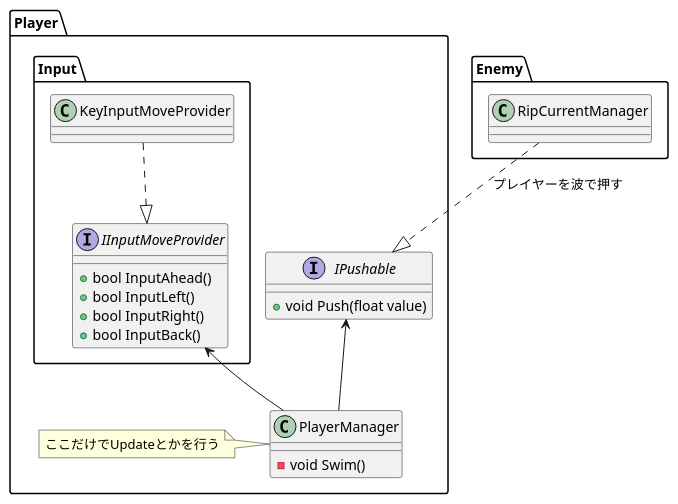
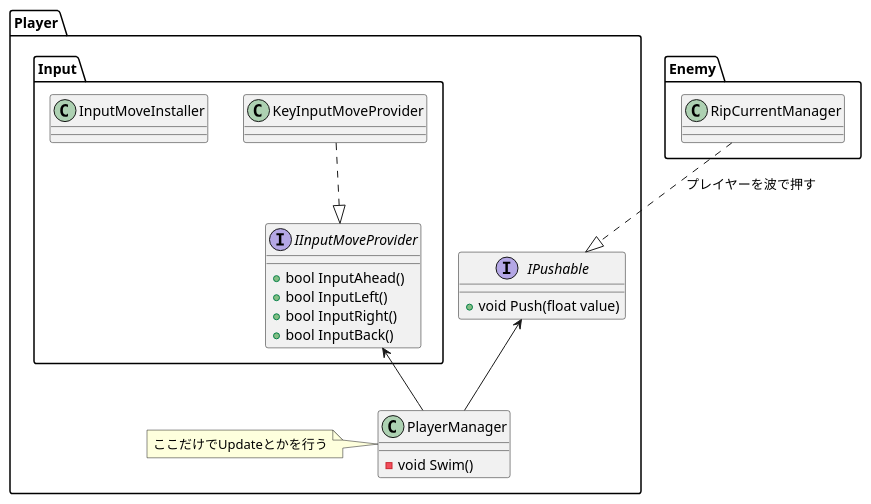
The diagram in uml/ClassDesign.puml (saitocastel1900/PrePteam), drawn with PlantUML before and after one commit. The commit also changed 36 other files, not shown here.

```diff
--- a/uml/ClassDesign.puml
+++ b/uml/ClassDesign.puml
@@ -1,35 +1,37 @@
 @startuml
 'https://plantuml.com/class-diagram
 
 namespace Player{
 class PlayerManager{
 -void Swim()
 }
 note left of PlayerManager : ここだけでUpdateとかを行う
 
 namespace Input{
 class KeyInputMoveProvider{
 }
 interface IInputMoveProvider{
 +bool InputAhead()
 +bool InputLeft()
 +bool InputRight()
 +bool InputBack()
 }
+class InputMoveInstaller{
+}
 }
 interface IPushable{
 +void Push(float value)
 }
 }
 
 namespace Enemy{
 class RipCurrentManager{
 }
 }
 
 Player.Input.KeyInputMoveProvider..|>Player.Input.IInputMoveProvider
 Enemy.RipCurrentManager..|>Player.IPushable : プレイヤーを波で押す
 Player.PlayerManager-u->Player.IPushable
 Player.PlayerManager-u->Player.Input.IInputMoveProvider
 
 @enduml
```
